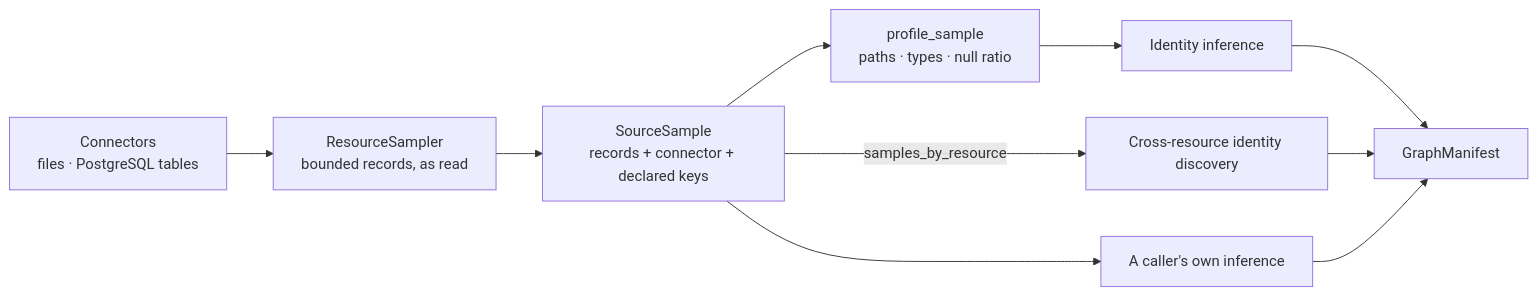
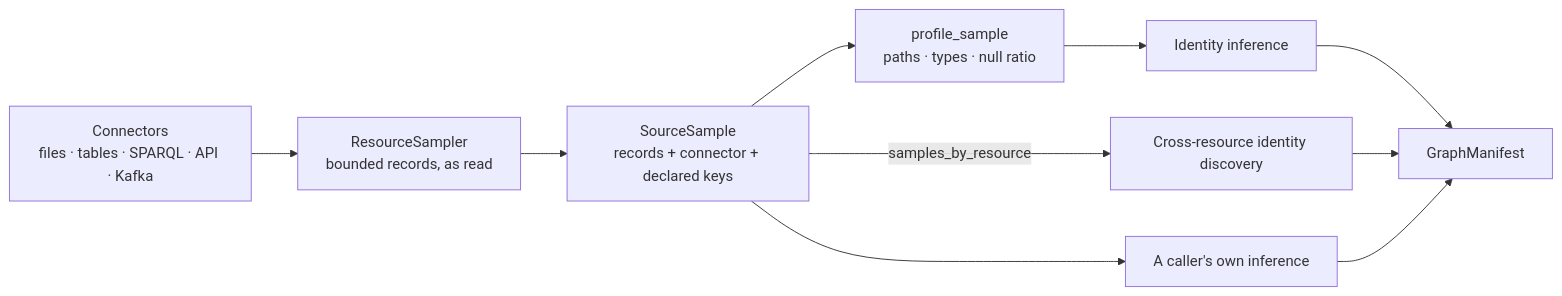
One commit to growgraph/graflo changed the diagram in docs/concepts/schema/sampling_and_profiling.md. Above: the diagram before and after it, drawn with Mermaid. The commit also changed other lines of this file and 216 other files, not shown here.

````diff
--- a/docs/concepts/schema/sampling_and_profiling.md
+++ b/docs/concepts/schema/sampling_and_profiling.md
@@ -156,16 +157,16 @@
 ```mermaid
 flowchart LR
-    C["Connectors<br/>files · PostgreSQL tables"]
+    C["Connectors<br/>files · tables · SPARQL · API · Kafka"]
     S["ResourceSampler<br/>bounded records, as read"]
     SS["SourceSample<br/>records + connector + declared keys"]
     P["profile_sample<br/>paths · types · null ratio"]
     II["Identity inference"]
     CR["Cross-resource identity discovery"]
     AG["A caller's own inference"]
     M["GraphManifest"]
 
     C --> S --> SS
     SS --> P --> II --> M
     SS -- samples_by_resource --> CR --> M
     SS --> AG --> M
 ```
````
